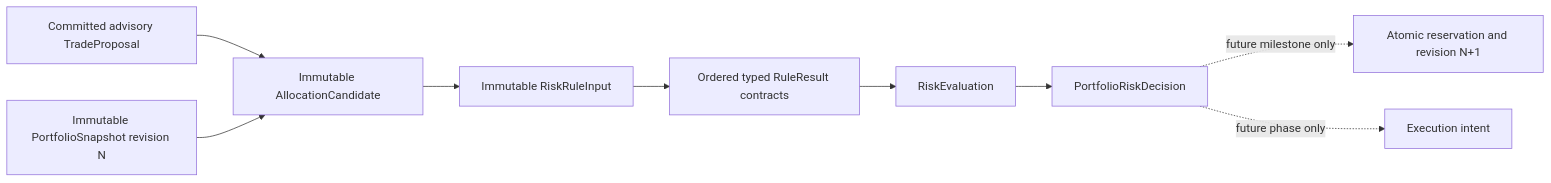
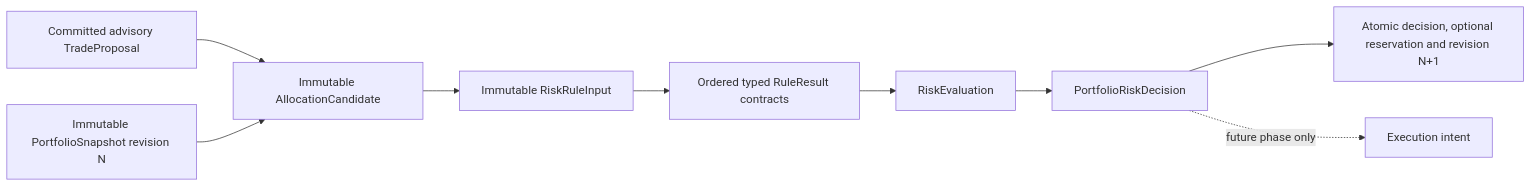
One commit to bibhuyash/tradeedge changed the sixth of 6 diagrams in docs/architecture/DATA_FLOW.md. Above: the diagram before and after it, drawn with Mermaid. The commit also changed other lines of this file and 28 other files, not shown here.

````diff
--- a/docs/architecture/DATA_FLOW.md
+++ b/docs/architecture/DATA_FLOW.md
@@ -165,11 +165,11 @@
 ```mermaid
 flowchart LR
     T["Committed advisory TradeProposal"] --> A["Immutable AllocationCandidate"]
     S["Immutable PortfolioSnapshot revision N"] --> A
     A --> I["Immutable RiskRuleInput"]
     I --> R["Ordered typed RuleResult contracts"]
     R --> E["RiskEvaluation"]
     E --> D["PortfolioRiskDecision"]
-    D -. "future milestone only" .-> P["Atomic reservation and revision N+1"]
+    D --> P["Atomic decision, optional reservation and revision N+1"]
     D -. "future phase only" .-> X["Execution intent"]
 ```
````
